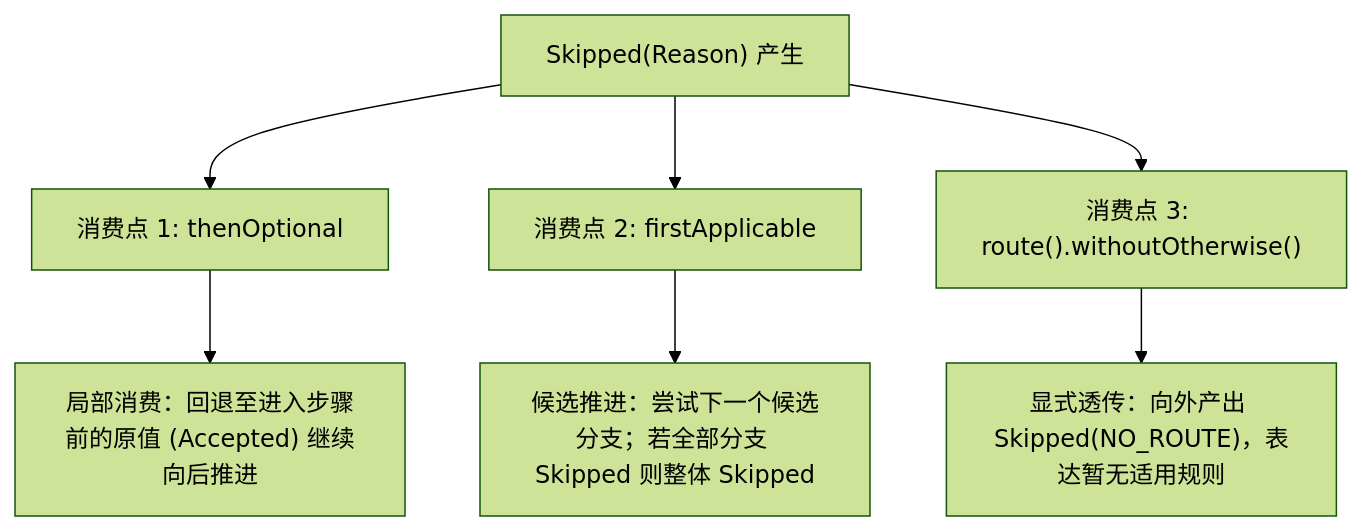
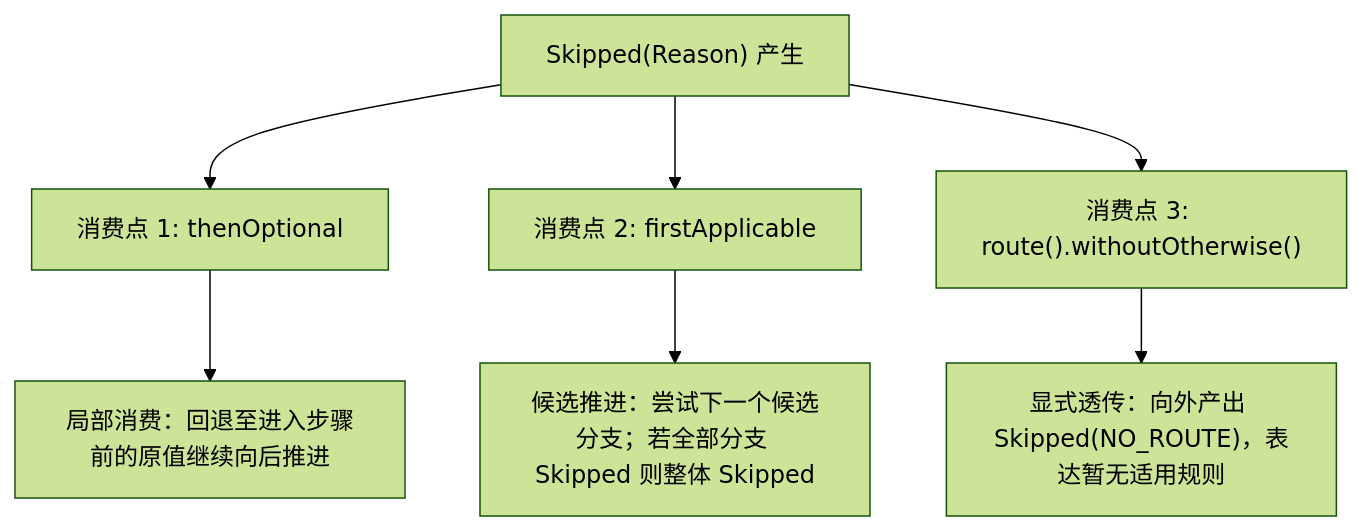
The second of 4 diagrams in docs/flow/flow-propagation.md (team4u/team4u-framework), drawn with Mermaid (forest theme) before and after one commit. The commit also changed other lines of this file and 142 other files, not shown here.

````diff
--- a/docs/flow/flow-propagation.md
+++ b/docs/flow/flow-propagation.md
@@ -57,10 +57,10 @@
 ```mermaid
 graph TD
     SK["Skipped(Reason) 产生"] --> C1["消费点 1: thenOptional"]
     SK --> C2["消费点 2: firstApplicable"]
     SK --> C3["消费点 3: route().withoutOtherwise()"]
     
-    C1 --> R1["局部消费：回退至进入步骤前的原值 (Accepted) 继续向后推进"]
+    C1 --> R1["局部消费：回退至进入步骤前的原值继续向后推进"]
     C2 --> R2["候选推进：尝试下一个候选分支；若全部分支 Skipped 则整体 Skipped"]
     C3 --> R3["显式透传：向外产出 Skipped(NO_ROUTE)，表达暂无适用规则"]
 ```
````
